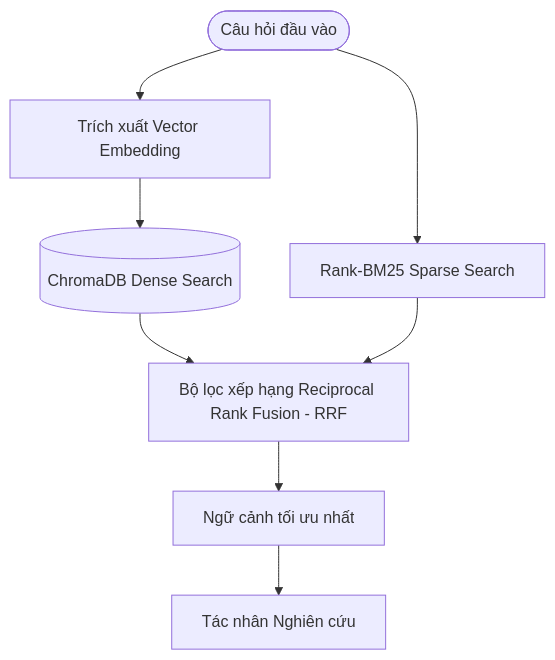
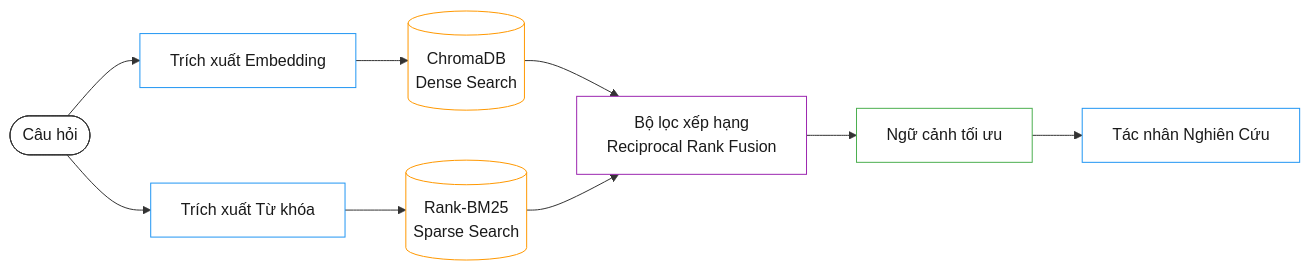
The second of 4 diagrams in README.md (ntd25022006q/fpt-multi-agent-system), drawn with Mermaid before and after one commit. The commit also changed other lines of this file, not shown here.

Commit message:
Docs: cập nhật README hoàn chỉnh - thêm tính năng tinh túy, vẽ lại sơ đồ Mermaid xịn, bỏ headroom, thêm Dynamic Routing diagram

````diff
--- a/README.md
+++ b/README.md
@@ -46,10 +79,20 @@
 ```mermaid
-graph TD
-    Query([Câu hỏi đầu vào]) --> Embedding[Trích xuất Vector Embedding]
-    Embedding --> DenseSearch[(ChromaDB Dense Search)]
-    Query --> SparseSearch[Rank-BM25 Sparse Search]
-    DenseSearch --> RRF[Bộ lọc xếp hạng Reciprocal Rank Fusion - RRF]
-    SparseSearch --> RRF
-    RRF --> TopContext[Ngữ cảnh tối ưu nhất]
-    TopContext --> Researcher[Tác nhân Nghiên cứu]
+flowchart LR
+    Query([Câu hỏi]) --> Embedding[Trích xuất Embedding]
+    Query --> Keywords[Trích xuất Từ khóa]
+    Embedding --> Dense[(ChromaDB<br/>Dense Search)]
+    Keywords --> Sparse[(Rank-BM25<br/>Sparse Search)]
+    Dense --> RRF[Bộ lọc xếp hạng<br/>Reciprocal Rank Fusion]
+    Sparse --> RRF
+    RRF --> Context[Ngữ cảnh tối ưu]
+    Context --> Agent[Tác nhân Nghiên Cứu]
+
+    style Query fill:#ffffff,stroke:#333333,color:#1a1a1a
+    style Embedding fill:#ffffff,stroke:#2196f3,color:#1a1a1a
+    style Keywords fill:#ffffff,stroke:#2196f3,color:#1a1a1a
+    style Dense fill:#ffffff,stroke:#ff9800,color:#1a1a1a
+    style Sparse fill:#ffffff,stroke:#ff9800,color:#1a1a1a
+    style RRF fill:#ffffff,stroke:#9c27b0,color:#1a1a1a
+    style Context fill:#ffffff,stroke:#4caf50,color:#1a1a1a
+    style Agent fill:#ffffff,stroke:#2196f3,color:#1a1a1a
 ```
````
